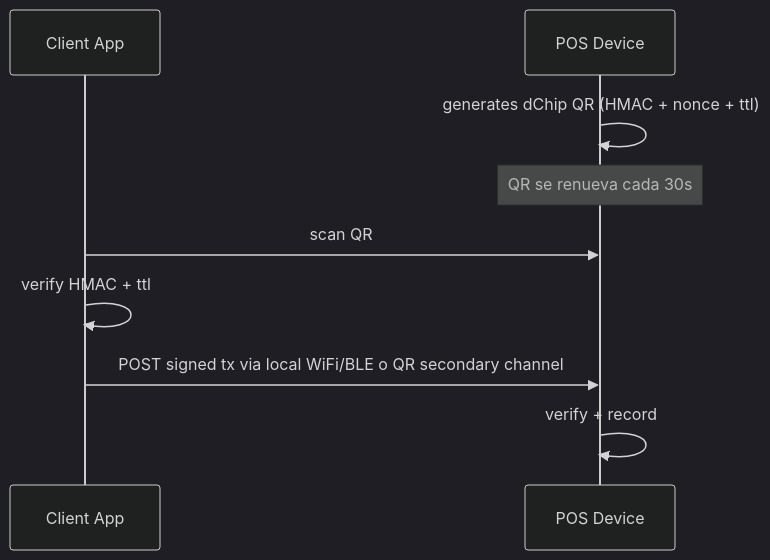
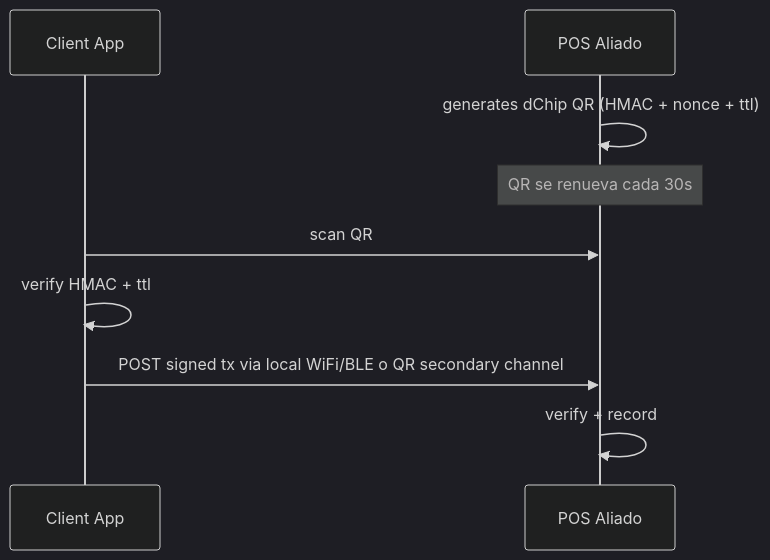
The third of 4 diagrams in docs-src/02-architecture.md (faugustdev/harbor-compass), drawn with Mermaid (dark theme) before and after one commit. The commit also changed other lines of this file and 9 other files, not shown here.

````diff
--- a/docs-src/02-architecture.md
+++ b/docs-src/02-architecture.md
@@ -134,12 +140,12 @@
 ```mermaid
 sequenceDiagram
     participant C as Client App
-    participant P as POS Device
+    participant P as POS Aliado
 
     P->>P: generates dChip QR (HMAC + nonce + ttl)
     Note over P: QR se renueva cada 30s
     C->>P: scan QR
     C->>C: verify HMAC + ttl
     C->>P: POST signed tx via local WiFi/BLE o QR secondary channel
     P->>P: verify + record
 ```
````
